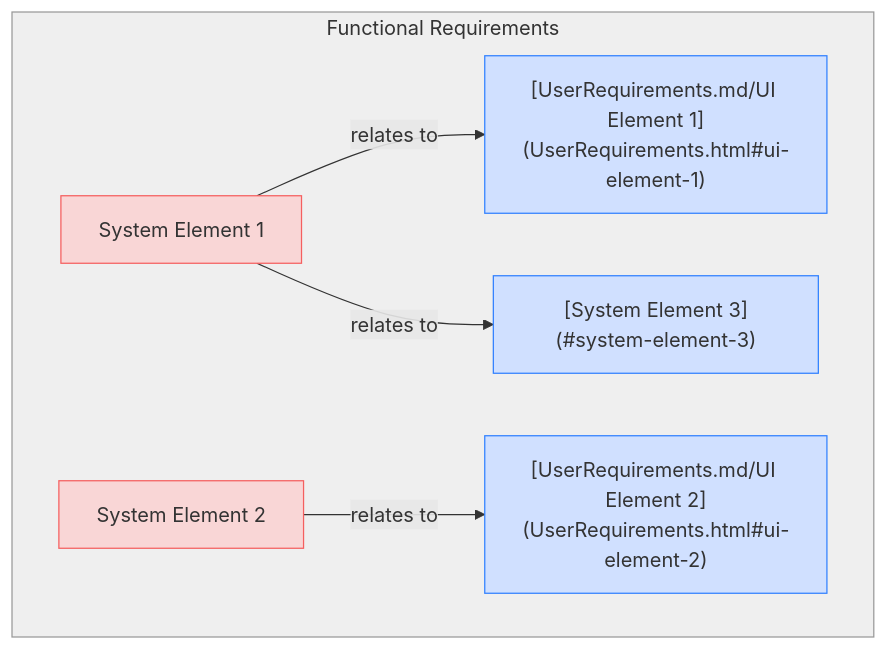
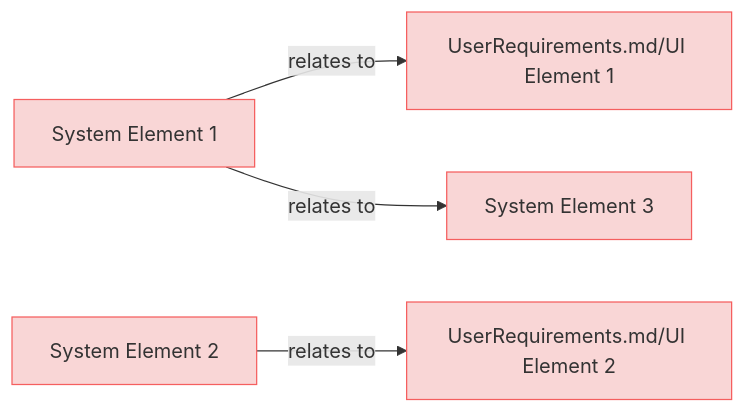
One commit to reqvire-org/reqvire changed the first of 2 diagrams in test-fixtures/test-diagram-generation/SystemRequirements.md. Above: the diagram before and after it, drawn with Mermaid. The commit also changed other lines of this file and 18 other files, not shown here.

````diff
--- a/test-fixtures/test-diagram-generation/SystemRequirements.md
+++ b/test-fixtures/test-diagram-generation/SystemRequirements.md
@@ -7,31 +7,29 @@
 ```mermaid
-graph TD;
+graph LR;
   %% Graph styling
   classDef requirement fill:#f9d6d6,stroke:#f55f5f,stroke-width:1px;
   classDef satisfies fill:#fff2cc,stroke:#ffcc00,stroke-width:1px;
   classDef verification fill:#d6f9d6,stroke:#5fd75f,stroke-width:1px;
   classDef externalLink fill:#d0e0ff,stroke:#3080ff,stroke-width:1px;
   classDef paragraph fill:#efefef,stroke:#999999,stroke-width:1px;
   classDef default fill:#f5f5f5,stroke:#333333,stroke-width:1px;
 
-  subgraph para["Functional Requirements"];
     System_Element_1["System Element 1"];
     click System_Element_1 "SystemRequirements.md#system-element-1";
     class System_Element_1 requirement;
     System_Element_1 -->|relates to| _UserRequirements_md_UI_Element_1__UserRequirements_html_ui_element_1_;
-  _UserRequirements_md_UI_Element_1__UserRequirements_html_ui_element_1_["[UserRequirements.md/UI Element 1](UserRequirements.html#ui-element-1)"];
-  click _UserRequirements_md_UI_Element_1__UserRequirements_html_ui_element_1_ "[UserRequirements.md#ui-element-1](userrequirements.html#ui-element-1)";
-  class _UserRequirements_md_UI_Element_1__UserRequirements_html_ui_element_1_ externalLink;
+    _UserRequirements_md_UI_Element_1__UserRequirements_html_ui_element_1_["UserRequirements.md/UI Element 1"];
+    click _UserRequirements_md_UI_Element_1__UserRequirements_html_ui_element_1_ "UserRequirements.html#ui-element-1";
+    class _UserRequirements_md_UI_Element_1__UserRequirements_html_ui_element_1_ requirement;
     System_Element_1 -->|relates to| _System_Element_3___system_element_3_;
-  _System_Element_3___system_element_3_["[System Element 3](#system-element-3)"];
-  class _System_Element_3___system_element_3_ externalLink;
+    _System_Element_3___system_element_3_["System Element 3"];
+    click _System_Element_3___system_element_3_ "#system-element-3";
+    class _System_Element_3___system_element_3_ requirement;
     System_Element_2["System Element 2"];
     click System_Element_2 "SystemRequirements.md#system-element-2";
     class System_Element_2 requirement;
     System_Element_2 -->|relates to| _UserRequirements_md_UI_Element_2__UserRequirements_html_ui_element_2_;
-  _UserRequirements_md_UI_Element_2__UserRequirements_html_ui_element_2_["[UserRequirements.md/UI Element 2](UserRequirements.html#ui-element-2)"];
-  click _UserRequirements_md_UI_Element_2__UserRequirements_html_ui_element_2_ "[UserRequirements.md#ui-element-2](userrequirements.html#ui-element-2)";
-  class _UserRequirements_md_UI_Element_2__UserRequirements_html_ui_element_2_ externalLink;
-  end;
-  class para paragraph;
+    _UserRequirements_md_UI_Element_2__UserRequirements_html_ui_element_2_["UserRequirements.md/UI Element 2"];
+    click _UserRequirements_md_UI_Element_2__UserRequirements_html_ui_element_2_ "UserRequirements.html#ui-element-2";
+    class _UserRequirements_md_UI_Element_2__UserRequirements_html_ui_element_2_ requirement;
 ```
````
